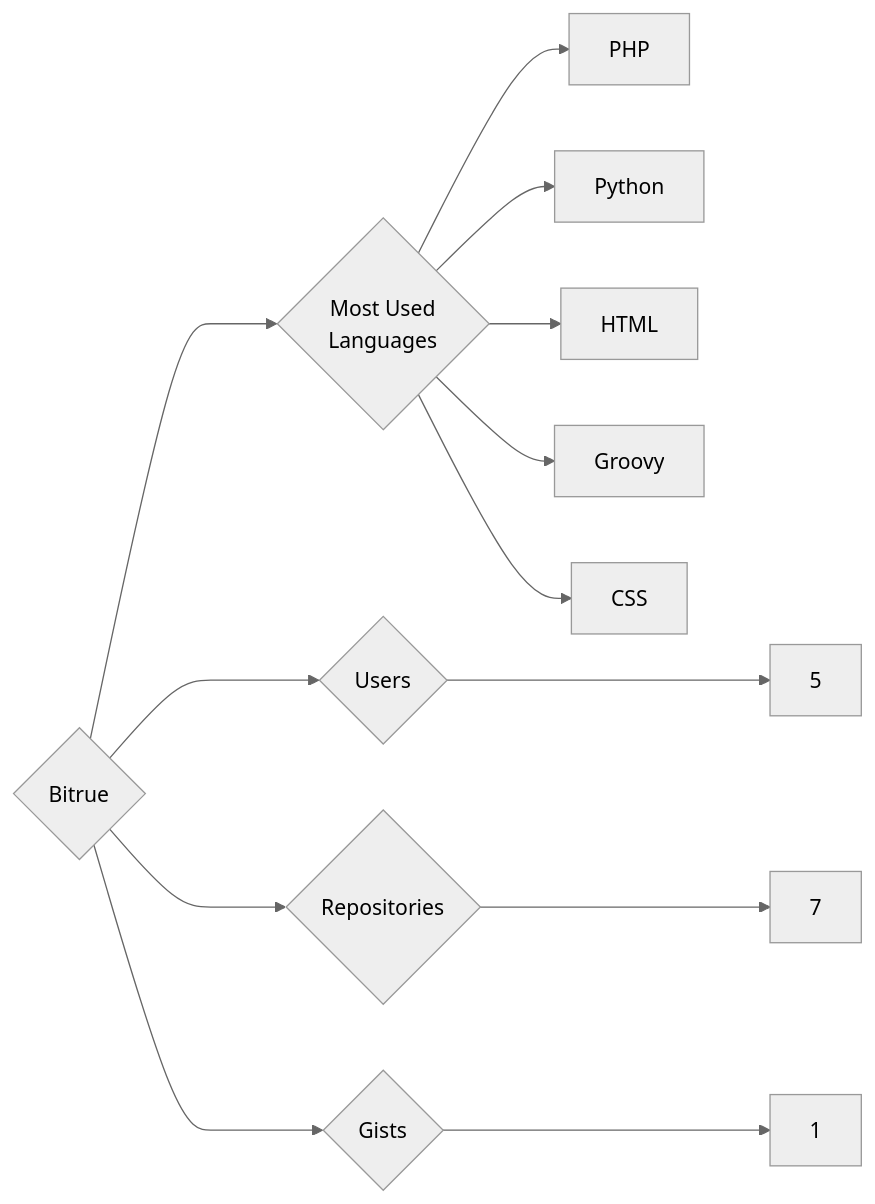
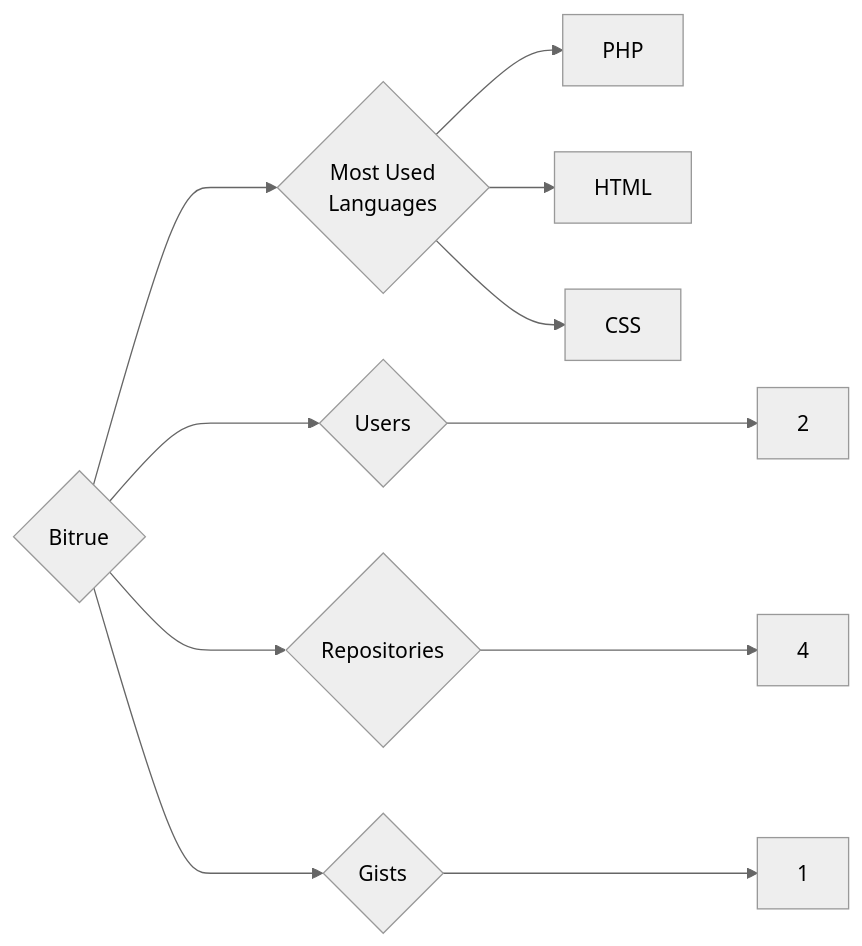
The diagram in targets/Bitrue/README.md (trickest/insiders), drawn with Mermaid (neutral theme) before and after one commit. The commit also changed 644 other files, not shown here.

````diff
--- a/targets/Bitrue/README.md
+++ b/targets/Bitrue/README.md
@@ -3,13 +3,11 @@
 ```mermaid
 graph LR
 COMPANY_NAME{Bitrue}
-COMPANY_NAME ---> U{Users} ---> UN[5]
-COMPANY_NAME ---> R{Repositories} ---> RN[7]
+COMPANY_NAME ---> U{Users} ---> UN[2]
+COMPANY_NAME ---> R{Repositories} ---> RN[4]
 COMPANY_NAME ---> G{Gists} ---> GN[1]
 COMPANY_NAME ---> ML{Most Used<br>Languages}
 ML --> PHP[PHP]
-ML --> Python[Python]
 ML --> HTML[HTML]
-ML --> Groovy[Groovy]
 ML --> CSS[CSS]
 ```
````
